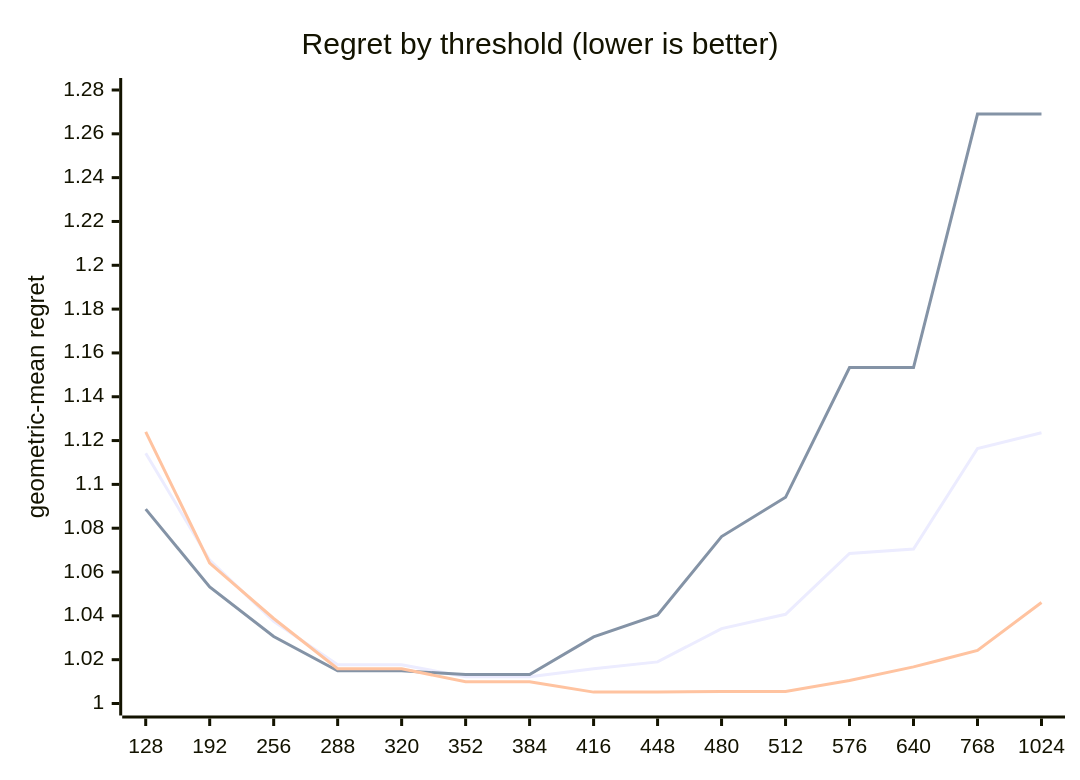
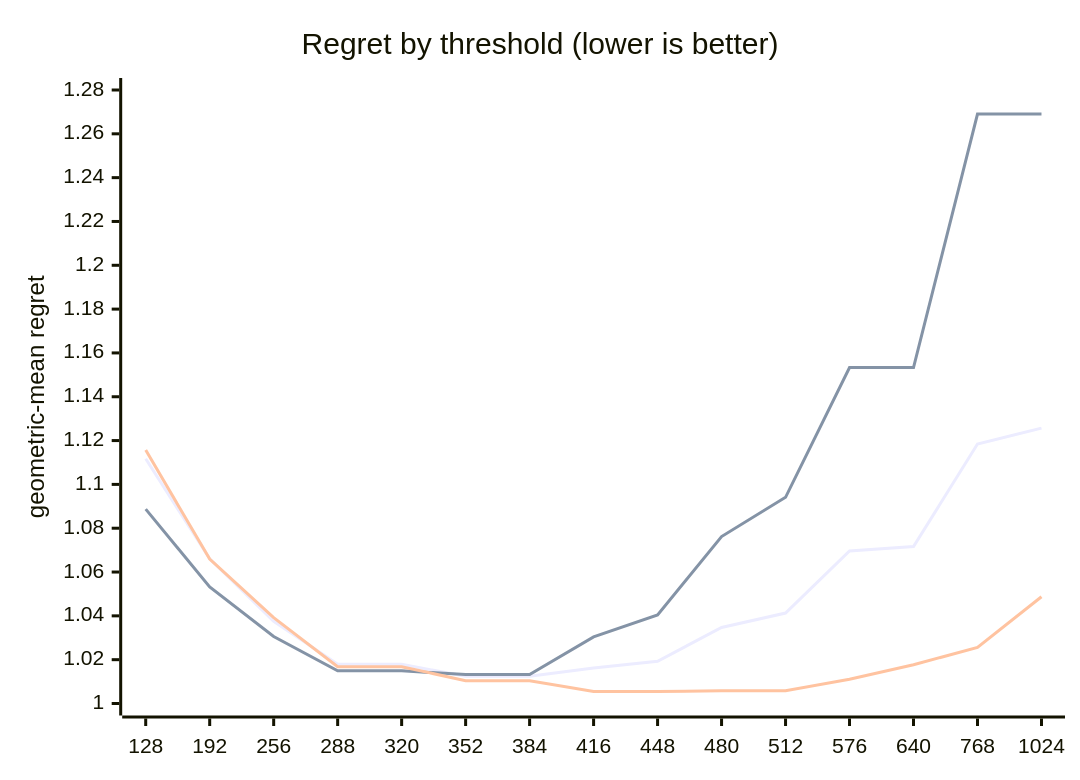
One commit to c0rmac/metal-linalg changed the diagram in docs/results/apple-m1-8gpu/combined/qr/report.md. Above: the diagram before and after it, drawn with Mermaid. The commit also changed other lines of this file and 106 other files, not shown here.

````diff
--- a/docs/results/apple-m1-8gpu/combined/qr/report.md
+++ b/docs/results/apple-m1-8gpu/combined/qr/report.md
@@ -60,9 +60,9 @@
 ```mermaid
 xychart-beta
     title "Regret by threshold (lower is better)"
     x-axis [128, 192, 256, 288, 320, 352, 384, 416, 448, 480, 512, 576, 640, 768, 1024]
     y-axis "geometric-mean regret" 1.0 --> 1.28
-    line [1.1142, 1.0654, 1.0375, 1.0177, 1.0177, 1.0122, 1.0122, 1.0159, 1.0190, 1.0342, 1.0407, 1.0685, 1.0705, 1.1164, 1.1236]
+    line [1.1117, 1.0660, 1.0375, 1.0179, 1.0179, 1.0124, 1.0124, 1.0162, 1.0193, 1.0347, 1.0413, 1.0696, 1.0716, 1.1184, 1.1257]
     line [1.0887, 1.0532, 1.0306, 1.0149, 1.0149, 1.0132, 1.0132, 1.0304, 1.0404, 1.0762, 1.0941, 1.1533, 1.1533, 1.2690, 1.2690]
-    line [1.1240, 1.0641, 1.0388, 1.0159, 1.0159, 1.0099, 1.0099, 1.0052, 1.0052, 1.0055, 1.0055, 1.0105, 1.0167, 1.0242, 1.0461]
+    line [1.1157, 1.0659, 1.0392, 1.0168, 1.0168, 1.0104, 1.0104, 1.0055, 1.0055, 1.0058, 1.0058, 1.0111, 1.0177, 1.0256, 1.0487]
 ```
````
